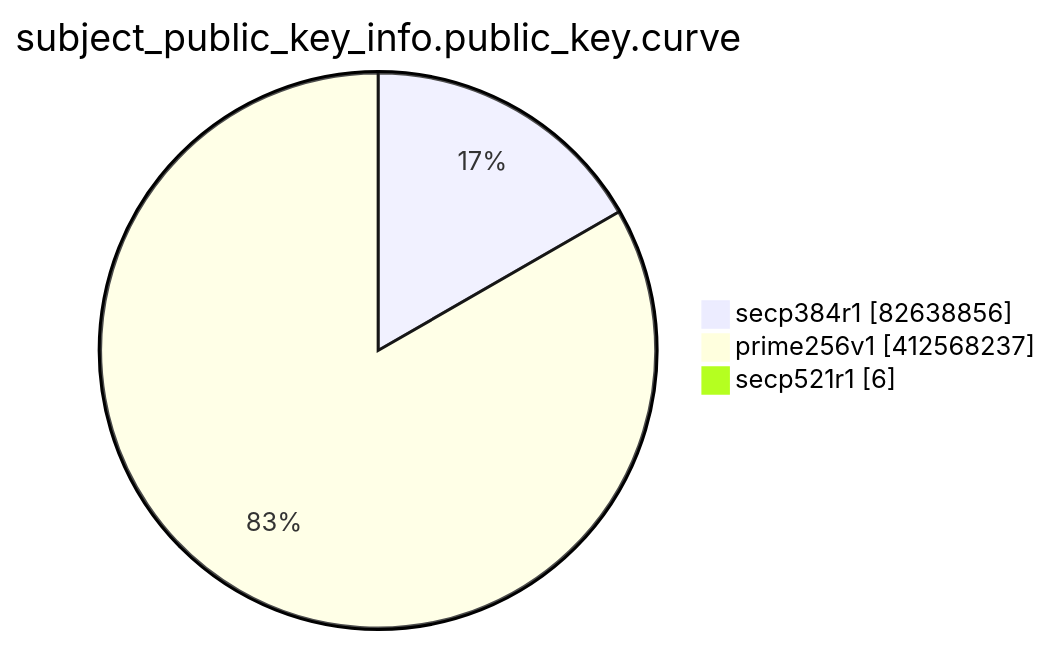
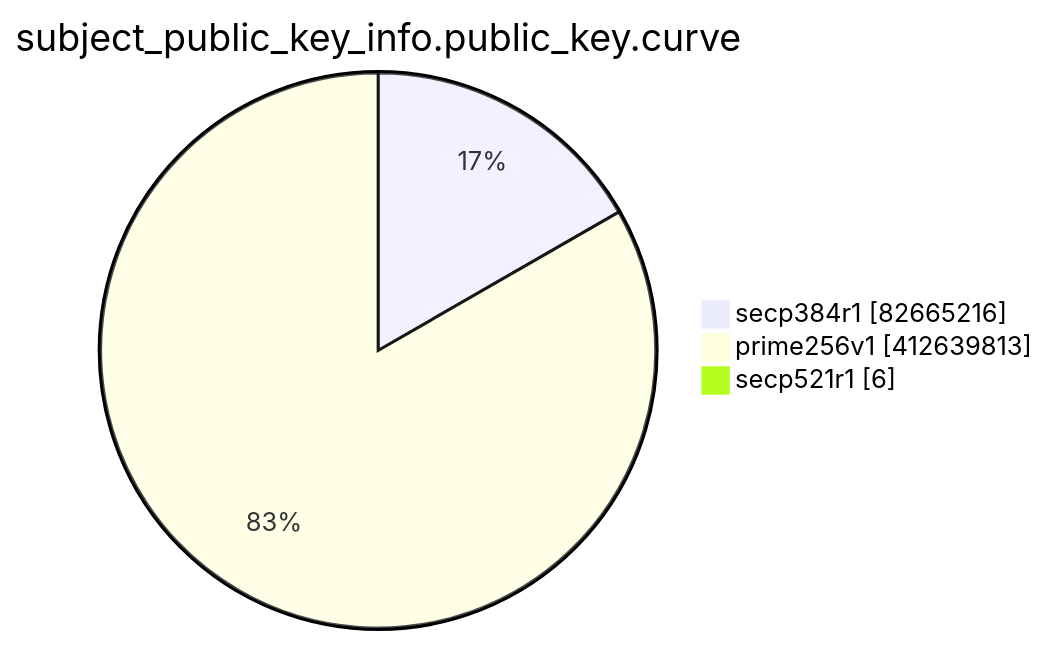
Before and after one commit to christiankrug/ctmonitor_visualization: the eighth of 15 diagrams in TOTAL/README.md, drawn with Mermaid. The commit also changed other lines of this file, not shown here.

````diff
--- a/TOTAL/README.md
+++ b/TOTAL/README.md
@@ -3097,7 +3098,7 @@
 ```mermaid
 pie showData
 title subject_public_key_info.public_key.curve
-"secp384r1" :82638856
-"prime256v1" :412568237
+"secp384r1" :82665216
+"prime256v1" :412639813
 "secp521r1" :6
 ```
````
